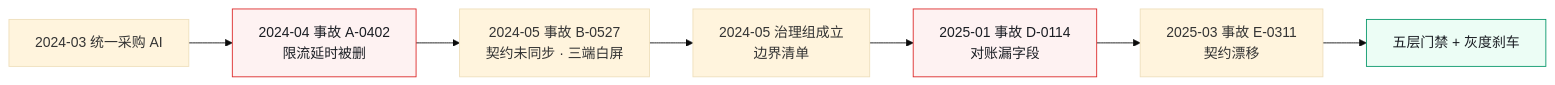
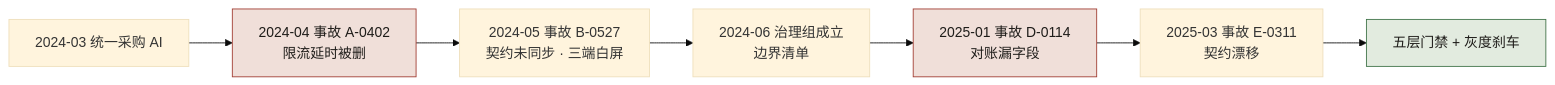
The first of 3 diagrams in docs/manuscript/ch34-案例一-300人电商平台.md (funny8kids/AI_Native_Software_Engineering), drawn with Mermaid (base theme) before and after one commit. The commit also changed other lines of this file and 81 other files, not shown here.

````diff
--- a/docs/manuscript/ch34-案例一-300人电商平台.md
+++ b/docs/manuscript/ch34-案例一-300人电商平台.md
@@ -9,12 +9,12 @@
 ```mermaid
 flowchart LR
   T1[2024-03 统一采购 AI] --> T2[2024-04 事故 A-0402<br/>限流延时被删]
   T2 --> T3[2024-05 事故 B-0527<br/>契约未同步 · 三端白屏]
-  T3 --> T4[2024-05 治理组成立<br/>边界清单]
+  T3 --> T4[2024-06 治理组成立<br/>边界清单]
   T4 --> T5[2025-01 事故 D-0114<br/>对账漏字段]
   T5 --> T6[2025-03 事故 E-0311<br/>契约漂移]
   T6 --> T7[五层门禁 + 灰度刹车]
-  style T2 fill:#fef2f2,stroke:#dc2626,color:#1a1d23
-  style T5 fill:#fef2f2,stroke:#dc2626,color:#1a1d23
-  style T7 fill:#ecfdf5,stroke:#059669,color:#1a1d23
+  style T2 fill:#f0dfd9,stroke:#a03b31,color:#1e1c19
+  style T5 fill:#f0dfd9,stroke:#a03b31,color:#1e1c19
+  style T7 fill:#e2ebdf,stroke:#3e7247,color:#1e1c19
 ```
````
